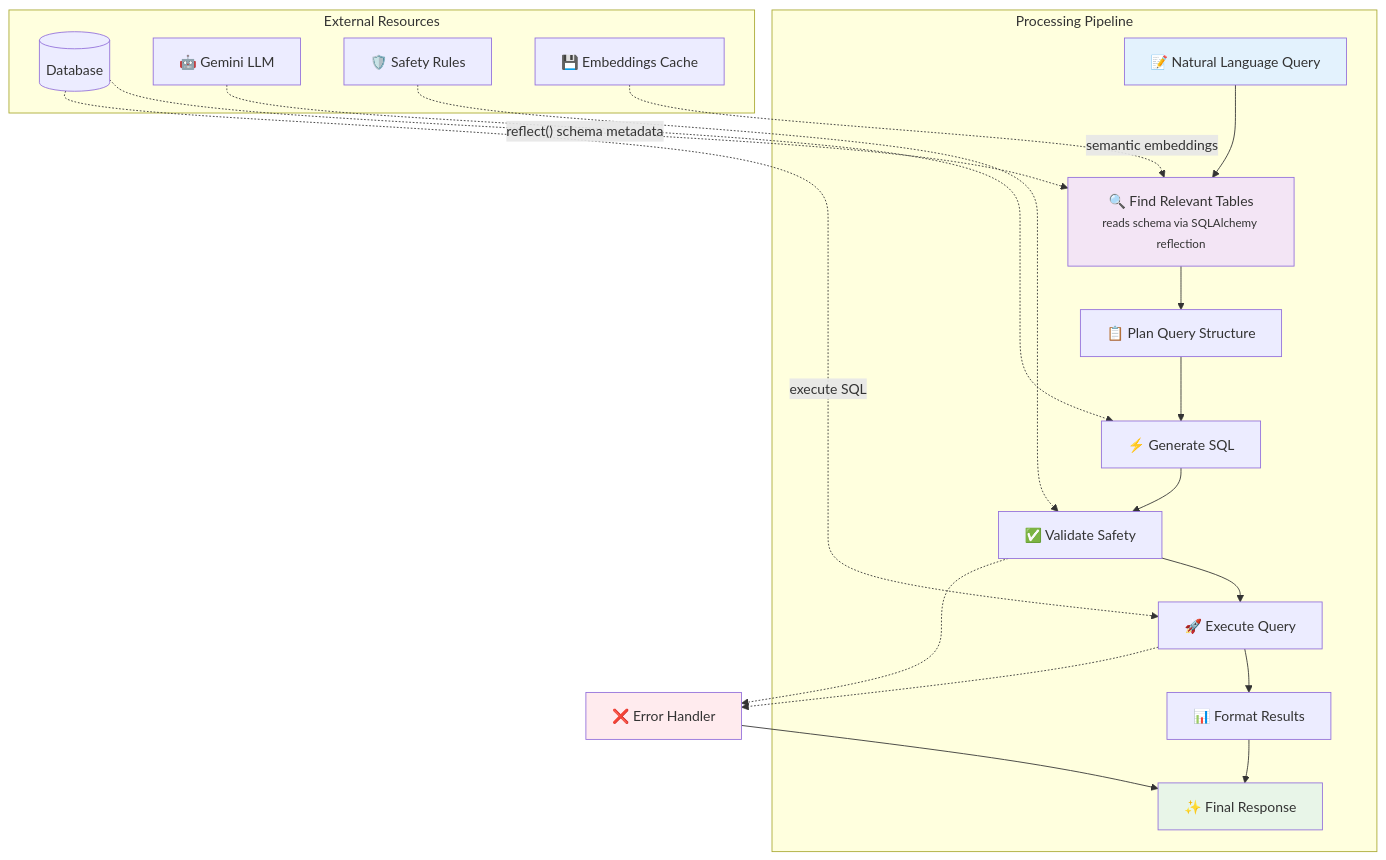
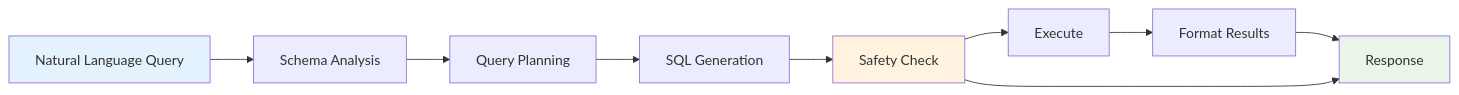
One commit to keo571/netquery changed the diagram in README.md. Above: the diagram before and after it, drawn with Mermaid.

Commit message:
Simplify Mermaid chart for better readability
- Remove cluttered subgraphs and excessive labels
- Use clean left-to-right flowchart layout
- Focus on core pipeline flow without distracting details
- Remove emojis and technical annotations that add noise
- Show error path (Safety Check can go directly to Response)
- Keep minimal, essential styling
- Much cleaner and easier to understand at a glance

🤖 Generated with [Claude Code](https://claude.ai/code)

````diff
--- a/README.md
+++ b/README.md
@@ -7,37 +7,16 @@
 ```mermaid
-graph TD
-    subgraph "External Resources"
-        DB[(Database)]
-        LLM[🤖 Gemini LLM]
-        RULES[🛡️ Safety Rules]
-        CACHE[💾 Embeddings Cache]
-    end
+flowchart LR
+    A[Natural Language Query] --> B[Schema Analysis]
+    B --> C[Query Planning]
+    C --> D[SQL Generation]
+    D --> E[Safety Check]
+    E --> F[Execute]
+    F --> G[Format Results]
     
-    subgraph "Processing Pipeline"
-        A["📝 Natural Language Query"] 
-        B["🔍 Find Relevant Tables<br/><small>reads schema via SQLAlchemy reflection</small>"]
-        C["📋 Plan Query Structure"] 
-        D["⚡ Generate SQL"]
-        E["✅ Validate Safety"]
-        F["🚀 Execute Query"]
-        G["📊 Format Results"]
-        H["✨ Final Response"]
-    end
-    
-    A --> B --> C --> D --> E --> F --> G --> H
-    
-    DB -.->|"reflect() schema metadata"| B
-    CACHE -.->|"semantic embeddings"| B
-    LLM -.-> D
-    RULES -.-> E
-    DB -.->|"execute SQL"| F
-    
-    E -.-> ERR["❌ Error Handler"]
-    F -.-> ERR
-    ERR --> H
+    G --> H[Response]
+    E --> H
     
     style A fill:#e3f2fd
     style H fill:#e8f5e8
-    style ERR fill:#ffebee
-    style B fill:#f3e5f5
+    style E fill:#fff3e0
 ```
````
